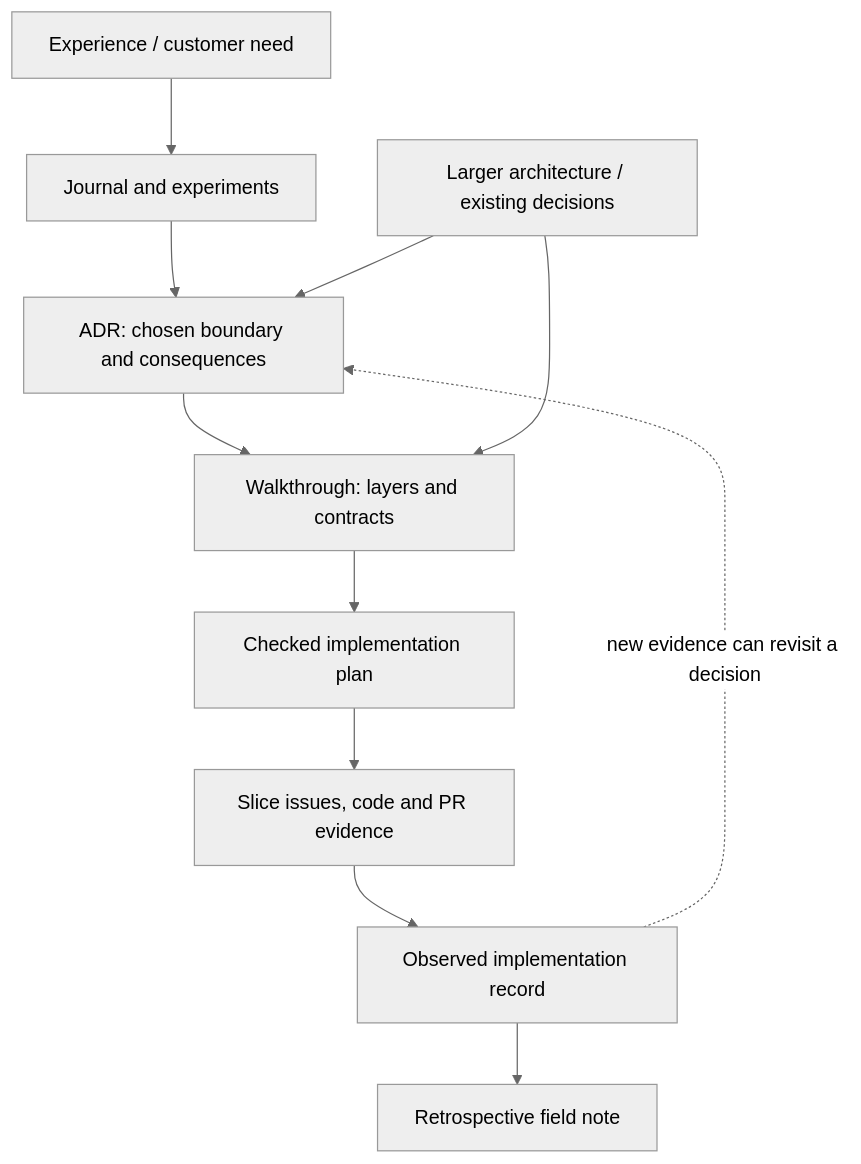
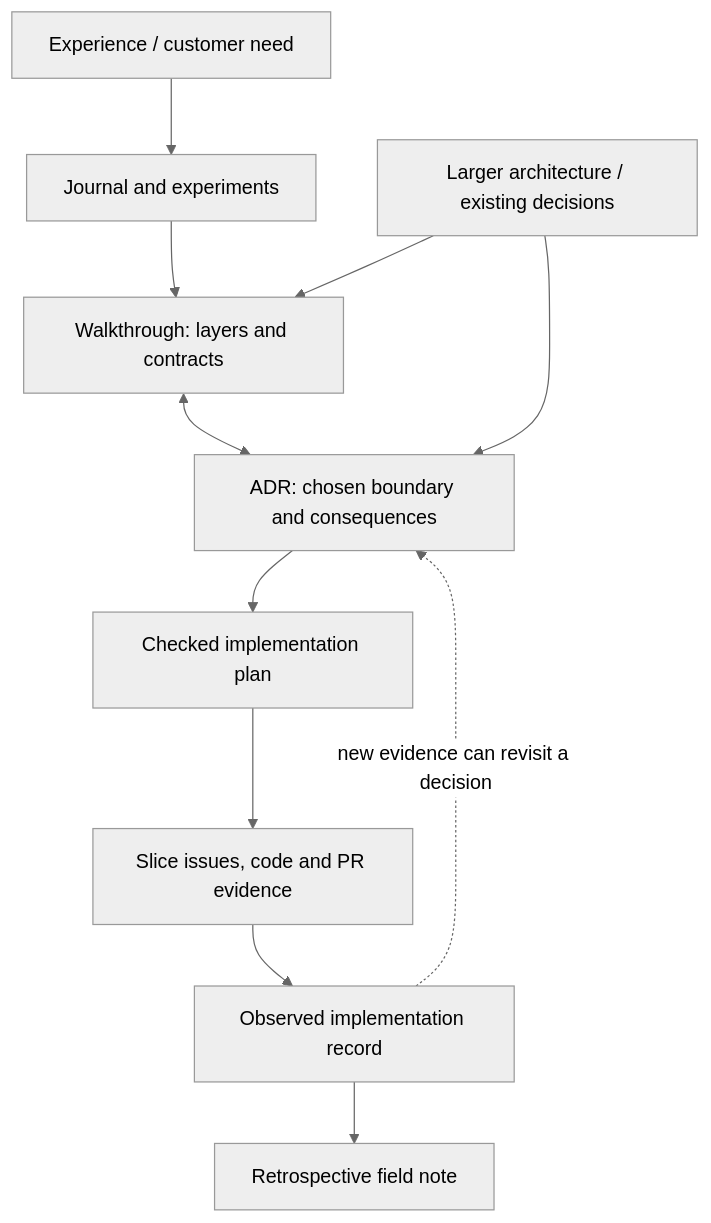
One commit to KirkDiggler/rpg-toolkit changed the diagram in docs/ideas/item-effect-composition/paper-trail.md. Above: the diagram before and after it, drawn with Mermaid (neutral theme). The commit also changed 2 other files, not shown here.

Commit message:
docs: clarify diagram layout and iterative decision flow
Both Mermaid diagrams rendered and visually inspected. Part of KirkDiggler/rpg-project#876.

— cross-team agent, on behalf of KirkDiggler

````diff
--- a/docs/ideas/item-effect-composition/paper-trail.md
+++ b/docs/ideas/item-effect-composition/paper-trail.md
@@ -7,13 +7,13 @@
 ```mermaid
 flowchart TD
     NEED["Experience / customer need"] --> NOTES["Journal and experiments"]
-    NOTES --> DECISION["ADR: chosen boundary and consequences"]
-    DECISION --> EXPLAIN["Walkthrough: layers and contracts"]
-    EXPLAIN --> PLAN["Checked implementation plan"]
+    NOTES --> EXPLAIN["Walkthrough: layers and contracts"]
+    EXPLAIN <--> DECISION["ADR: chosen boundary and consequences"]
+    DECISION --> PLAN["Checked implementation plan"]
     PLAN --> BUILD["Slice issues, code and PR evidence"]
     BUILD --> RECORD["Observed implementation record"]
     RECORD --> ARTICLE["Retrospective field note"]
     RECORD -. "new evidence can revisit a decision" .-> DECISION
     ARCH["Larger architecture / existing decisions"] --> DECISION
     ARCH --> EXPLAIN
 ```
````
